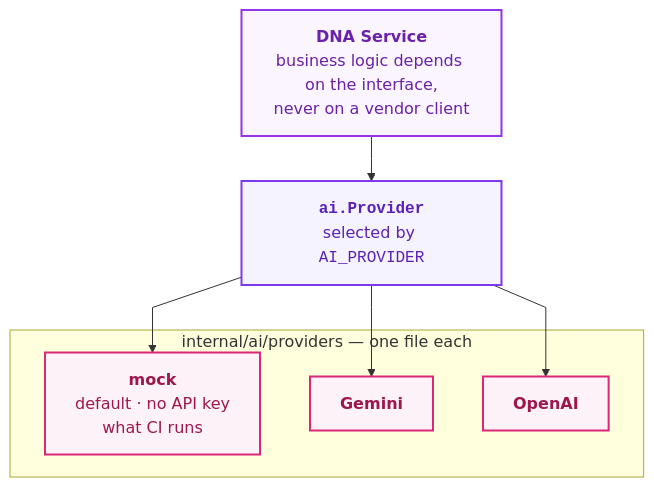
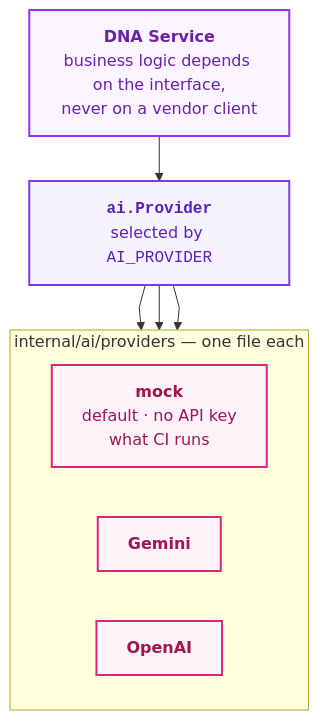
The second of 2 diagrams in README.md (TuanTran0168/myunivokai), drawn with Mermaid before and after one commit. The commit also changed other lines of this file and 1 other file, not shown here.

First line of the commit message:
[UPDATE][DOCS][feat/repo/analytics-depth-and-vercel-hygiene]: Stop the architecture diagram from stacking sideways, catch the frontend stack table two major versions behind, and record why account creation skips the invite flow

````diff
--- a/README.md
+++ b/README.md
@@ -229,21 +232,22 @@
 ```mermaid
 %%{init: {"flowchart": {"curve": "linear", "rankSpacing": 45}}}%%
 flowchart TB
   classDef domainStyle fill:#faf5ff,stroke:#9333ea,stroke-width:2px,color:#6b21a8;
   classDef portStyle fill:#f5f3ff,stroke:#7c3aed,stroke-width:2px,color:#5b21b6;
   classDef aiStyle fill:#fdf2f8,stroke:#db2777,stroke-width:2px,color:#9d174d;
 
   dna["<b>DNA Service</b><br/>business logic depends on the interface,<br/>never on a vendor client"]:::domainStyle
   port["<b><code>ai.Provider</code></b><br/>selected by <code>AI_PROVIDER</code>"]:::portStyle
 
   subgraph adapters ["internal/ai/providers — one file each"]
+    direction LR
     mock["<b>mock</b><br/>default · no API key<br/>what CI runs"]:::aiStyle
     gemini["<b>Gemini</b>"]:::aiStyle
     openai["<b>OpenAI</b>"]:::aiStyle
   end
 
   dna --> port
   port --> mock
   port --> gemini
   port --> openai
 ```
````
